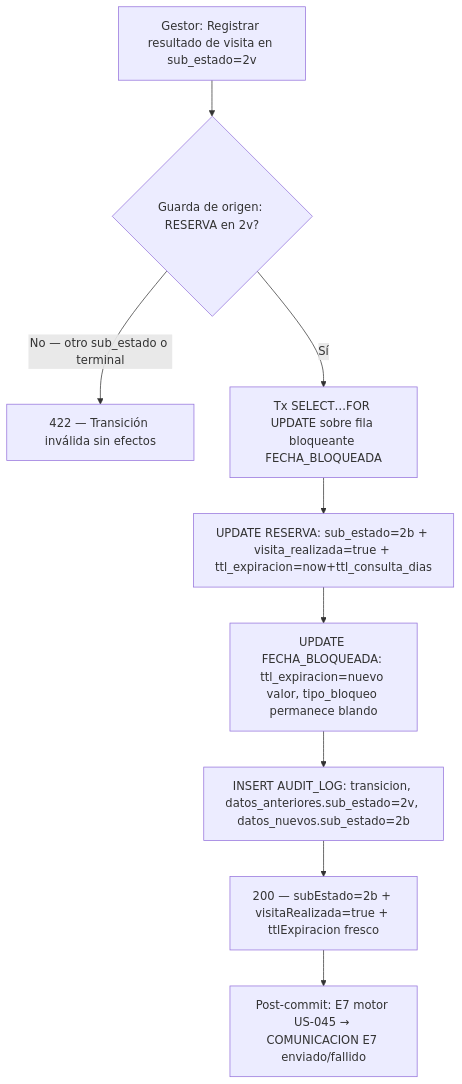
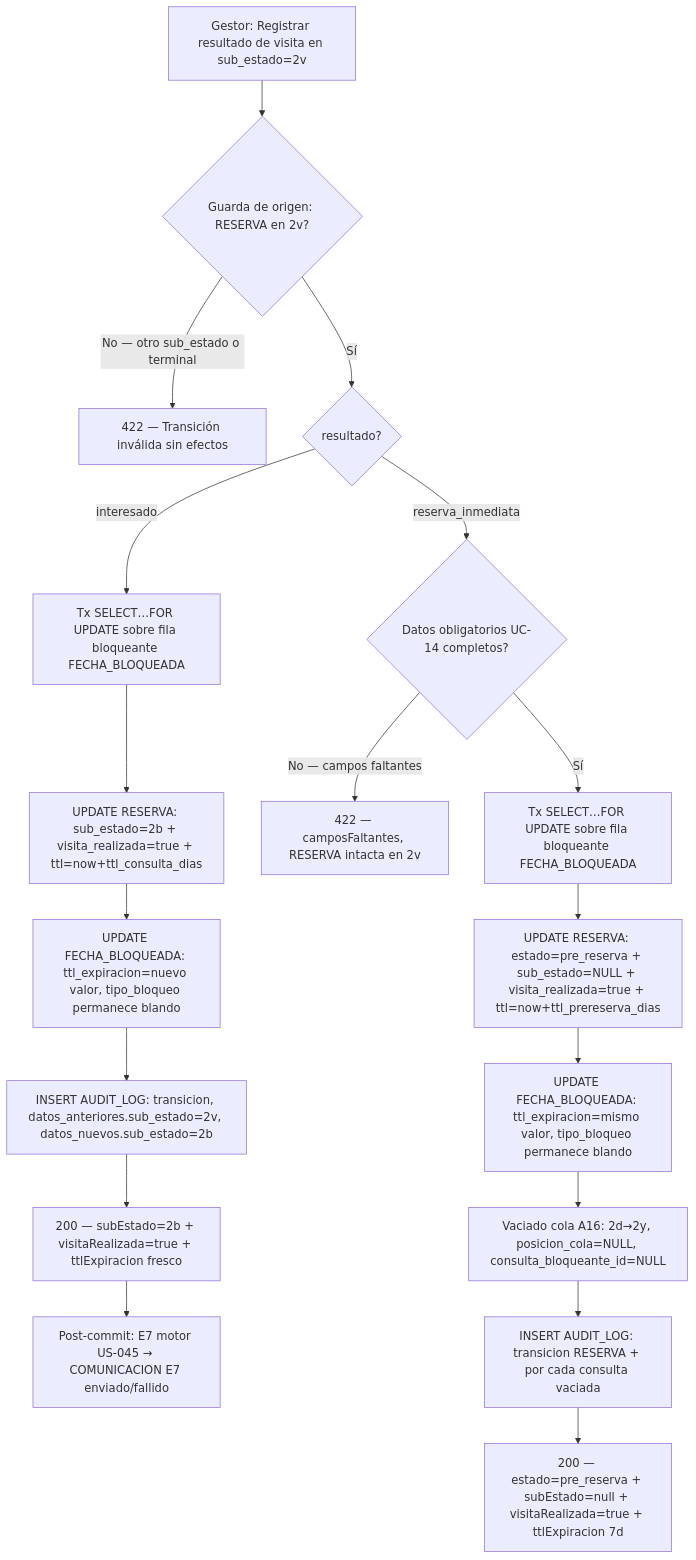
The sixth of 18 diagrams in docs/use-cases.md (rvila89/slotify), drawn with Mermaid before and after one commit. The commit also changed other lines of this file and 39 other files, not shown here.

First line of the commit message:
feat(reservas): US-010 resultado de visita "reserva inmediata" (2.v -> pre_reserva)

````diff
--- a/docs/use-cases.md
+++ b/docs/use-cases.md
@@ -497,11 +514,20 @@
 ```mermaid
 flowchart TD
     A[Gestor: Registrar resultado de visita en sub_estado=2v] --> B{Guarda de origen: RESERVA en 2v?}
     B -->|No — otro sub_estado o terminal| C[422 — Transición inválida sin efectos]
-    B -->|Sí| D[Tx SELECT…FOR UPDATE sobre fila bloqueante FECHA_BLOQUEADA]
-    D --> E[UPDATE RESERVA: sub_estado=2b + visita_realizada=true + ttl_expiracion=now+ttl_consulta_dias]
-    E --> F[UPDATE FECHA_BLOQUEADA: ttl_expiracion=nuevo valor, tipo_bloqueo permanece blando]
-    F --> G[INSERT AUDIT_LOG: transicion, datos_anteriores.sub_estado=2v, datos_nuevos.sub_estado=2b]
-    G --> H[200 — subEstado=2b + visitaRealizada=true + ttlExpiracion fresco]
-    H --> I[Post-commit: E7 motor US-045 → COMUNICACION E7 enviado/fallido]
+    B -->|Sí| D{resultado?}
+    D -->|interesado| E[Tx SELECT…FOR UPDATE sobre fila bloqueante FECHA_BLOQUEADA]
+    E --> F[UPDATE RESERVA: sub_estado=2b + visita_realizada=true + ttl=now+ttl_consulta_dias]
+    F --> G[UPDATE FECHA_BLOQUEADA: ttl_expiracion=nuevo valor, tipo_bloqueo permanece blando]
+    G --> H[INSERT AUDIT_LOG: transicion, datos_anteriores.sub_estado=2v, datos_nuevos.sub_estado=2b]
+    H --> I[200 — subEstado=2b + visitaRealizada=true + ttlExpiracion fresco]
+    I --> J[Post-commit: E7 motor US-045 → COMUNICACION E7 enviado/fallido]
+    D -->|reserva_inmediata| K{Datos obligatorios UC-14 completos?}
+    K -->|No — campos faltantes| L[422 — camposFaltantes, RESERVA intacta en 2v]
+    K -->|Sí| M[Tx SELECT…FOR UPDATE sobre fila bloqueante FECHA_BLOQUEADA]
+    M --> N[UPDATE RESERVA: estado=pre_reserva + sub_estado=NULL + visita_realizada=true + ttl=now+ttl_prereserva_dias]
+    N --> O[UPDATE FECHA_BLOQUEADA: ttl_expiracion=mismo valor, tipo_bloqueo permanece blando]
+    O --> P[Vaciado cola A16: 2d→2y, posicion_cola=NULL, consulta_bloqueante_id=NULL]
+    P --> Q[INSERT AUDIT_LOG: transicion RESERVA + por cada consulta vaciada]
+    Q --> R[200 — estado=pre_reserva + subEstado=null + visitaRealizada=true + ttlExpiracion 7d]
 ```
````
